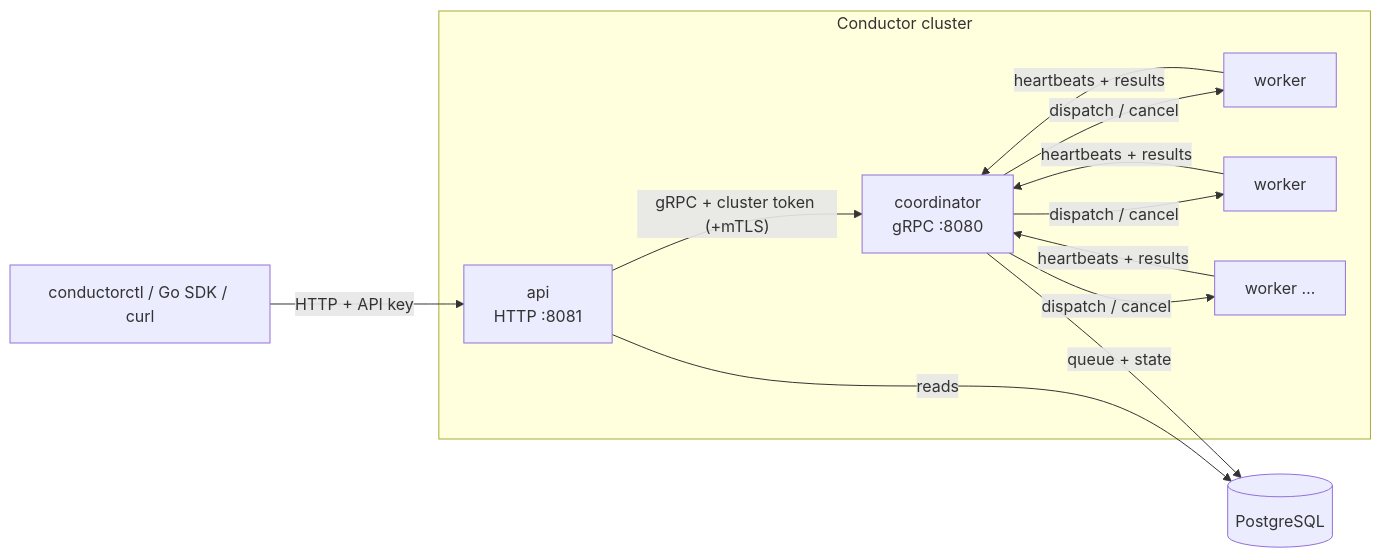
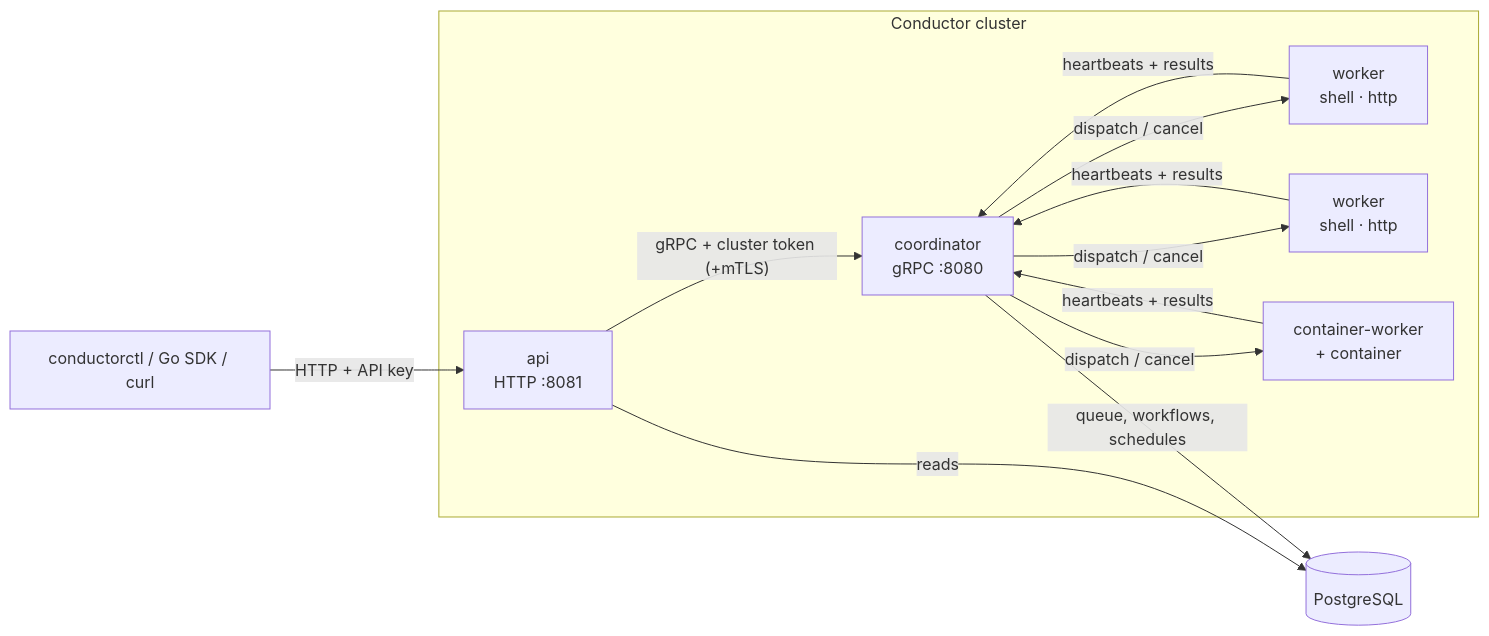
The first of 2 diagrams in README.md (ChinmayNoob/conductor), drawn with Mermaid before and after one commit. The commit also changed other lines of this file and 3 other files, not shown here.

````diff
--- a/README.md
+++ b/README.md
@@ -13,13 +19,13 @@
 ```mermaid
 flowchart LR
     CLI["conductorctl / Go SDK / curl"] -- "HTTP + API key" --> API
     subgraph cluster [Conductor cluster]
         API["api<br/>HTTP :8081"] -- "gRPC + cluster token (+mTLS)" --> COORD["coordinator<br/>gRPC :8080"]
-        COORD -- "dispatch / cancel" --> W1["worker"]
-        COORD -- "dispatch / cancel" --> W2["worker"]
-        COORD -- "dispatch / cancel" --> W3["worker …"]
+        COORD -- "dispatch / cancel" --> W1["worker<br/>shell · http"]
+        COORD -- "dispatch / cancel" --> W2["worker<br/>shell · http"]
+        COORD -- "dispatch / cancel" --> W3["container-worker<br/>+ container"]
         W1 & W2 & W3 -- "heartbeats + results" --> COORD
     end
     API -- "reads" --> PG[("PostgreSQL")]
-    COORD -- "queue + state" --> PG
+    COORD -- "queue, workflows, schedules" --> PG
 ```
````
